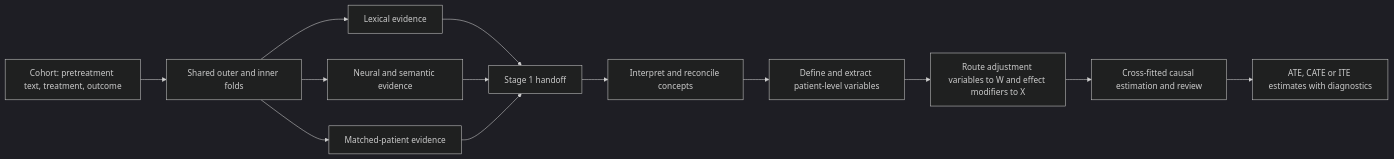
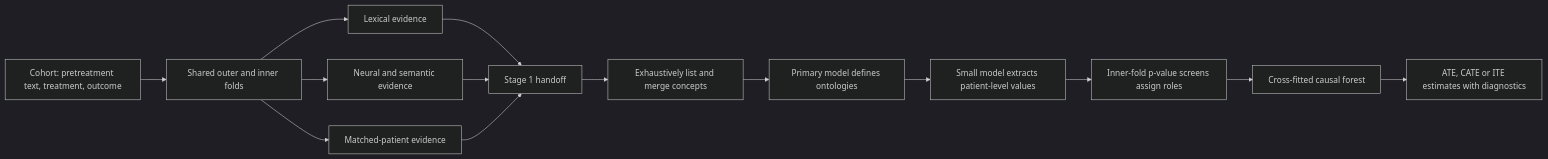
Before and after one commit to kenlkehl/causal-dragonnet-text: the first of 3 diagrams in README.md, drawn with Mermaid (dark theme). The commit also changed other lines of this file and 18 other files, not shown here.

````diff
--- a/README.md
+++ b/README.md
@@ -164,15 +165,16 @@
 ```mermaid
 flowchart LR
     A["Cohort: pretreatment text, treatment, outcome"] --> B["Shared outer and inner folds"]
     B --> C1["Lexical evidence"]
     B --> C2["Neural and semantic evidence"]
     B --> C3["Matched-patient evidence"]
     C1 --> D["Stage 1 handoff"]
     C2 --> D
     C3 --> D
-    D --> E["Interpret and reconcile concepts"]
-    E --> F["Define and extract patient-level variables"]
-    F --> G["Route adjustment variables to W and effect modifiers to X"]
-    G --> H["Cross-fitted causal estimation and review"]
-    H --> I["ATE, CATE or ITE estimates with diagnostics"]
+    D --> E["Exhaustively list and merge concepts"]
+    E --> F["Primary model defines ontologies"]
+    F --> G["Small model extracts patient-level values"]
+    G --> H["Inner-fold p-value screens assign roles"]
+    H --> J["Cross-fitted causal forest"]
+    J --> I["ATE, CATE or ITE estimates with diagnostics"]
 ```
````
